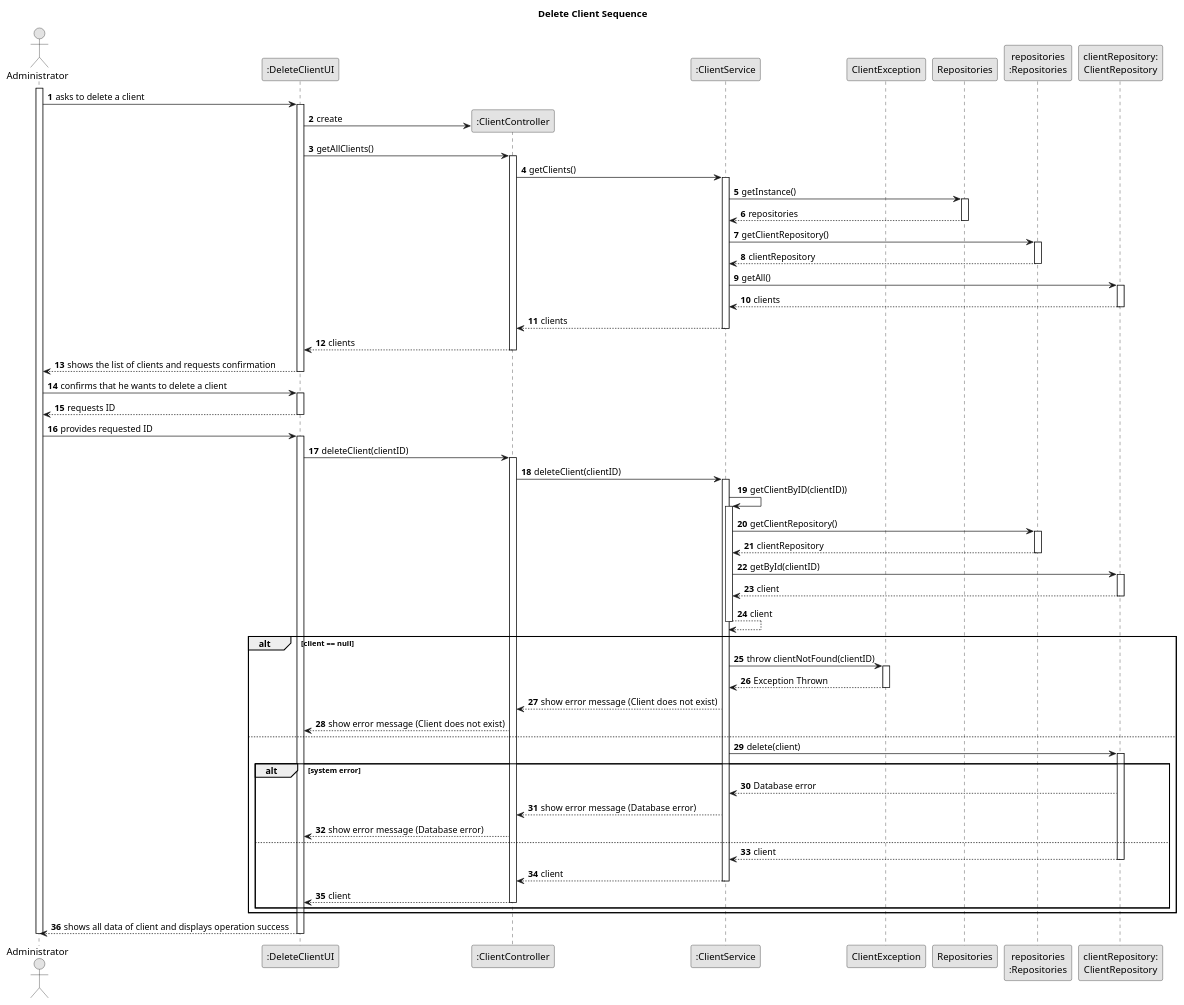
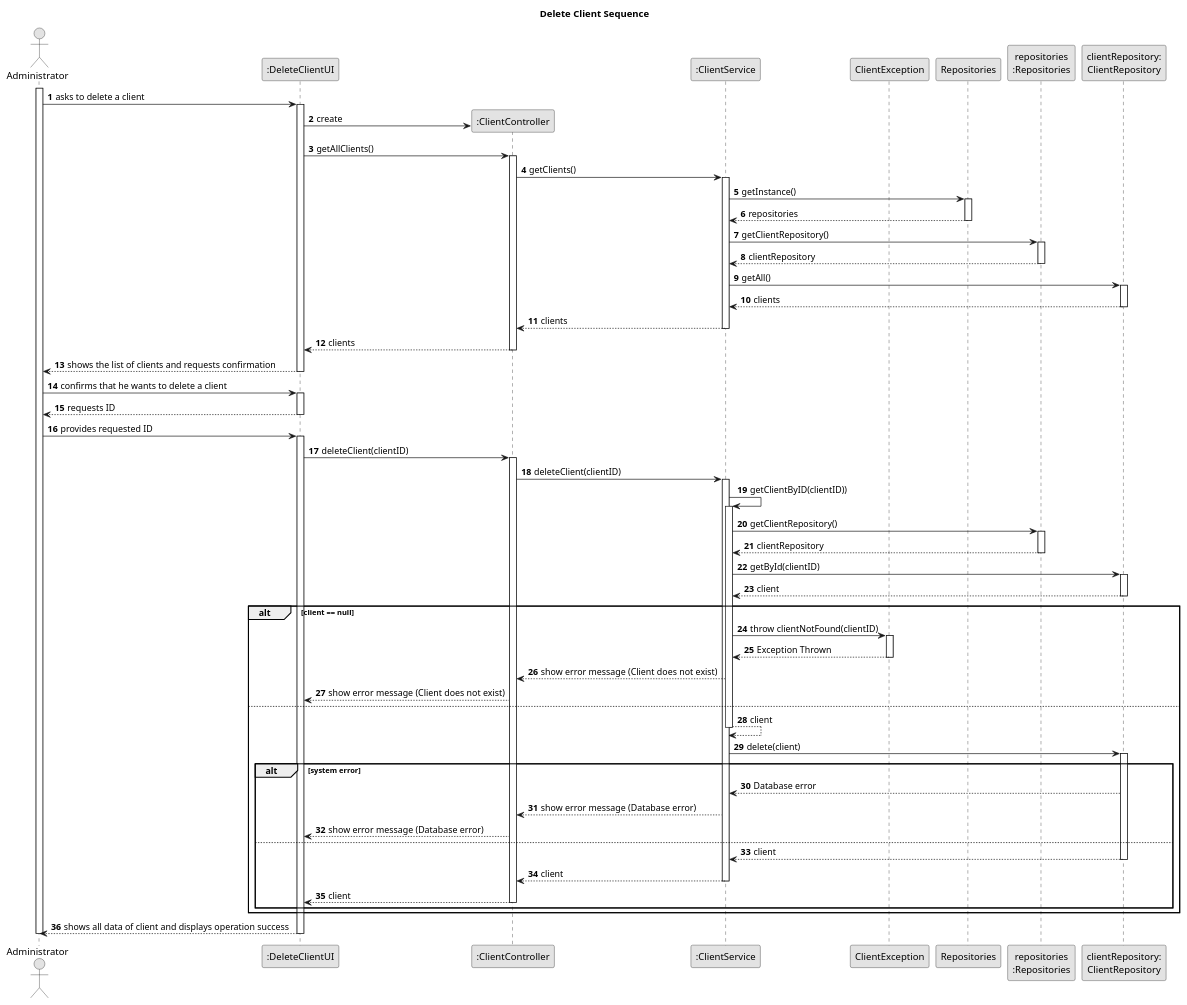
One commit to daniel41silva05/Production_Control_Industrial_ISEP changed the diagram in documentation/user-stories/us002/03.design/puml/us002-sequence-diagram.puml. Above: the diagram before and after it, drawn with PlantUML. The commit also changed 17 other files, not shown here.

```diff
--- a/documentation/user-stories/us002/03.design/puml/us002-sequence-diagram.puml
+++ b/documentation/user-stories/us002/03.design/puml/us002-sequence-diagram.puml
@@ -1,112 +1,110 @@
 @startuml
 skinparam monochrome true
 skinparam packageStyle rectangle
 skinparam shadowing false
 
 title System Sequence Diagram (SSD)
 
 autonumber
 
 actor "Administrator" as ADM
 participant ":DeleteClientUI" as UI
 participant ":ClientController" as CTRL
 participant ":ClientService" as SRV
 participant "ClientException" as EXC
 participant "Repositories" as REPS
 participant "repositories\n:Repositories" as REP
 participant "clientRepository:\nClientRepository" as clientRepository
 
 title Delete Client Sequence
 
 activate ADM
     ADM -> UI : asks to delete a client
     activate UI
 
         UI -> CTRL** : create
 
         UI -> CTRL : getAllClients()
         activate CTRL
             CTRL -> SRV : getClients()
             activate SRV
 
                 SRV -> REPS : getInstance()
                 activate REPS
                 REPS --> SRV: repositories
                 deactivate REPS
                 SRV -> REP : getClientRepository()
                 activate REP
                 REP --> SRV : clientRepository
                 deactivate REP
 
                 SRV -> clientRepository : getAll()
                 activate clientRepository
                 clientRepository --> SRV : clients
                 deactivate clientRepository
             SRV --> CTRL : clients
             deactivate SRV
         CTRL --> UI : clients
         deactivate CTRL
     UI --> ADM : shows the list of clients and requests confirmation
     deactivate UI
 
     ADM -> UI : confirms that he wants to delete a client
     activate UI
         UI --> ADM : requests ID
     deactivate UI
 
     ADM -> UI : provides requested ID
     activate UI
         UI -> CTRL: deleteClient(clientID)
         activate CTRL
             CTRL -> SRV: deleteClient(clientID)
             activate SRV
 
                 SRV -> SRV: getClientByID(clientID))
                 activate SRV
 
                 SRV -> REP: getClientRepository()
                 activate REP
                 REP --> SRV: clientRepository
                 deactivate REP
 
                 SRV -> clientRepository: getById(clientID)
                 activate clientRepository
                 clientRepository --> SRV: client
                 deactivate clientRepository
-
-                SRV --> SRV: client
-                deactivate SRV
-
                 alt client == null
 
                     SRV -> EXC: throw clientNotFound(clientID)
                     activate EXC
                     EXC --> SRV: Exception Thrown
                     deactivate EXC
                     SRV --> CTRL: show error message (Client does not exist)
 
                     CTRL --> UI: show error message (Client does not exist)
                 else
+                SRV --> SRV: client
+                deactivate SRV
 
                     SRV -> clientRepository: delete(client)
                     activate clientRepository
                     alt system error
                         clientRepository --> SRV: Database error
 
                         SRV --> CTRL: show error message (Database error)
 
                         CTRL --> UI: show error message (Database error)
                     else
                         clientRepository --> SRV: client
                         deactivate clientRepository
                         SRV --> CTRL: client
                         deactivate SRV
                         CTRL --> UI: client
                         deactivate CTRL
                     end
                 end
     UI --> ADM: shows all data of client and displays operation success
     deactivate UI
 
 deactivate ADM
 @enduml
```
